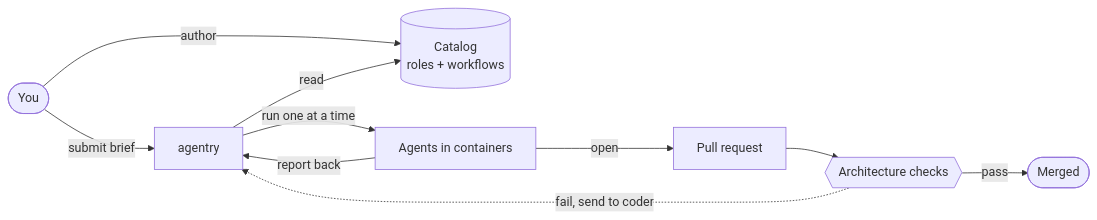
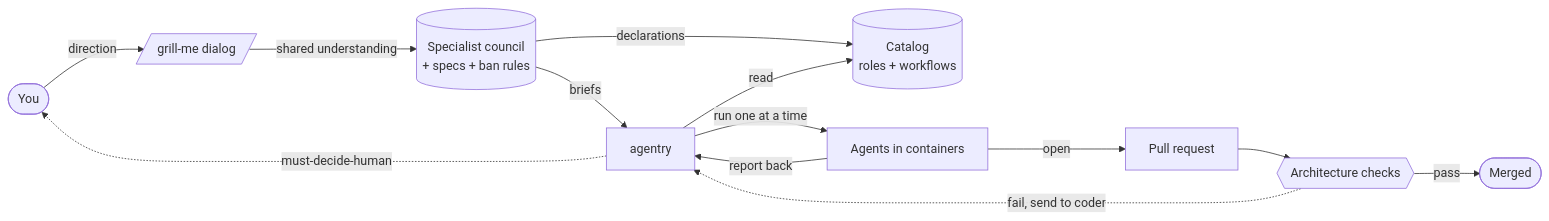
Before and after one commit to yannickgranger/agentry: the diagram in README.md, drawn with Mermaid. The commit also changed other lines of this file, not shown here.

````diff
--- a/README.md
+++ b/README.md
@@ -59,20 +68,25 @@
 ```mermaid
 flowchart LR
-    op([You])
+    you([You])
+    grill[/grill-me dialog/]
+    council[(Specialist council<br/>+ specs + ban rules)]
     cat[(Catalog<br/>roles + workflows)]
     sub[agentry]
     agents[Agents in containers]
     pr[Pull request]
     fences{{Architecture checks}}
     merged([Merged])
 
-    op -->|author| cat
-    op -->|submit brief| sub
+    you -->|direction| grill
+    grill -->|shared understanding| council
+    council -->|declarations| cat
+    council -->|briefs| sub
     sub -->|read| cat
     sub -->|run one at a time| agents
     agents -->|report back| sub
     agents -->|open| pr
     pr --> fences
     fences -->|pass| merged
     fences -.->|fail, send to coder| sub
+    sub -.->|must-decide-human| you
 ```
````
